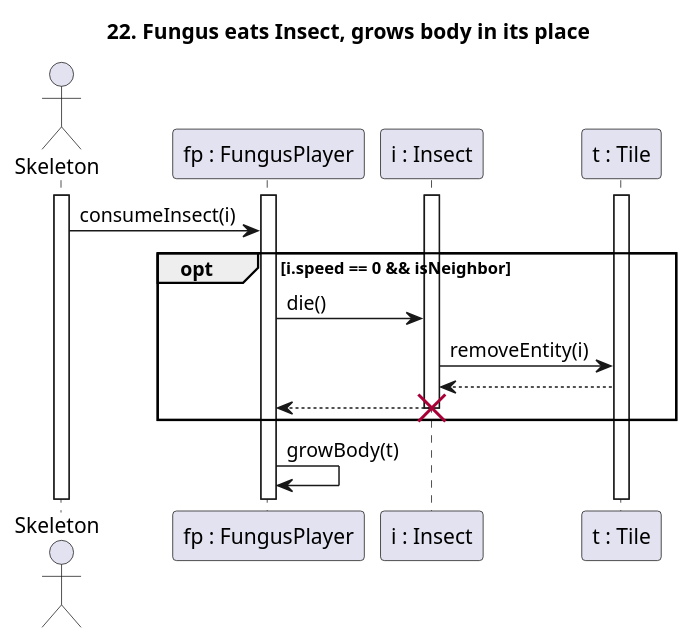
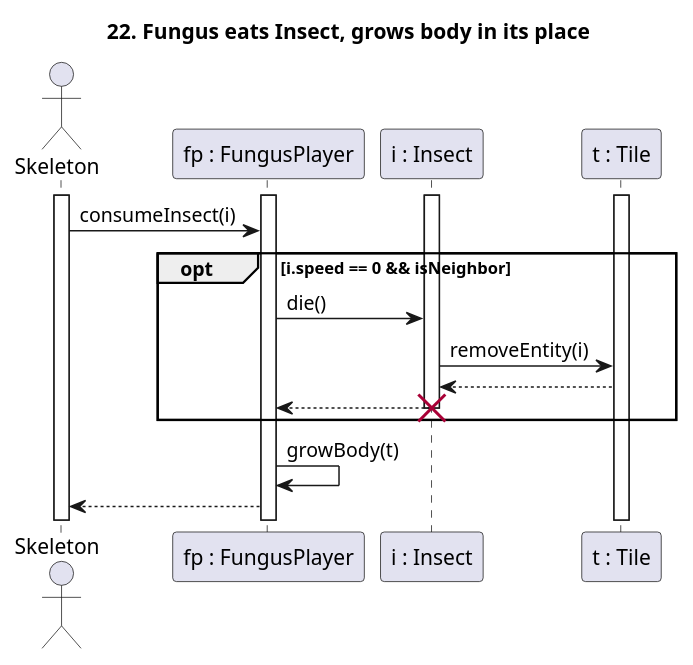
One commit to Harcipan/Projlab_nullpointerexception changed the diagram in diagrams/diagramFiles/SQ22_FungusEatsInsect.puml. Above: the diagram before and after it, drawn with PlantUML. The commit also changed 10 other files, not shown here.

```diff
--- a/diagrams/diagramFiles/SQ22_FungusEatsInsect.puml
+++ b/diagrams/diagramFiles/SQ22_FungusEatsInsect.puml
@@ -1,26 +1,27 @@
 @startuml 22. Fungus eats Insect
 
 title 22. Fungus eats Insect, grows body in its place
 
 actor "Skeleton" as S
 participant "fp : FungusPlayer" as Fp
 participant "i : Insect" as I
 participant "t : Tile" as T
 
 activate S
 activate Fp
 activate I
 activate T
 
 S -> Fp : consumeInsect(i)
 opt i.speed == 0 && isNeighbor
     Fp -> I: die()
     I -> T: removeEntity(i)
     T --> I
     I --> Fp
     destroy I
 end
 Fp -> Fp: growBody(t)
+Fp --> S
 
 
 @enduml
```
